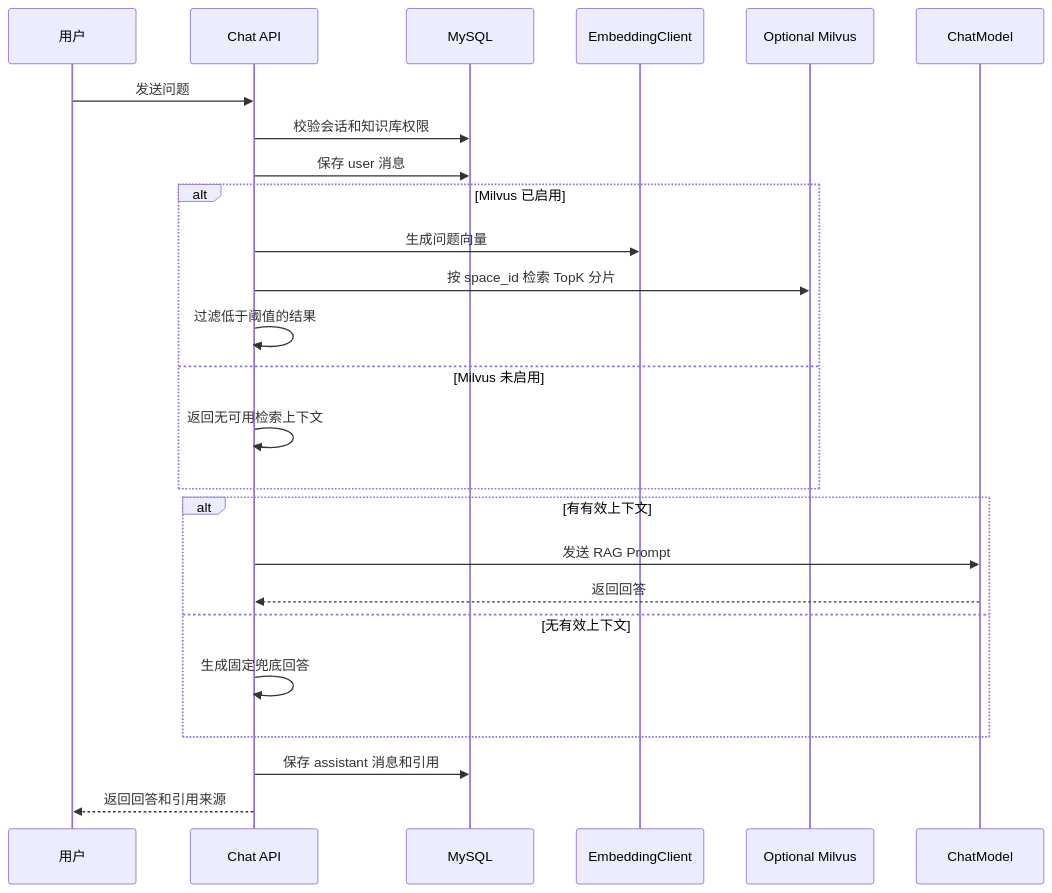
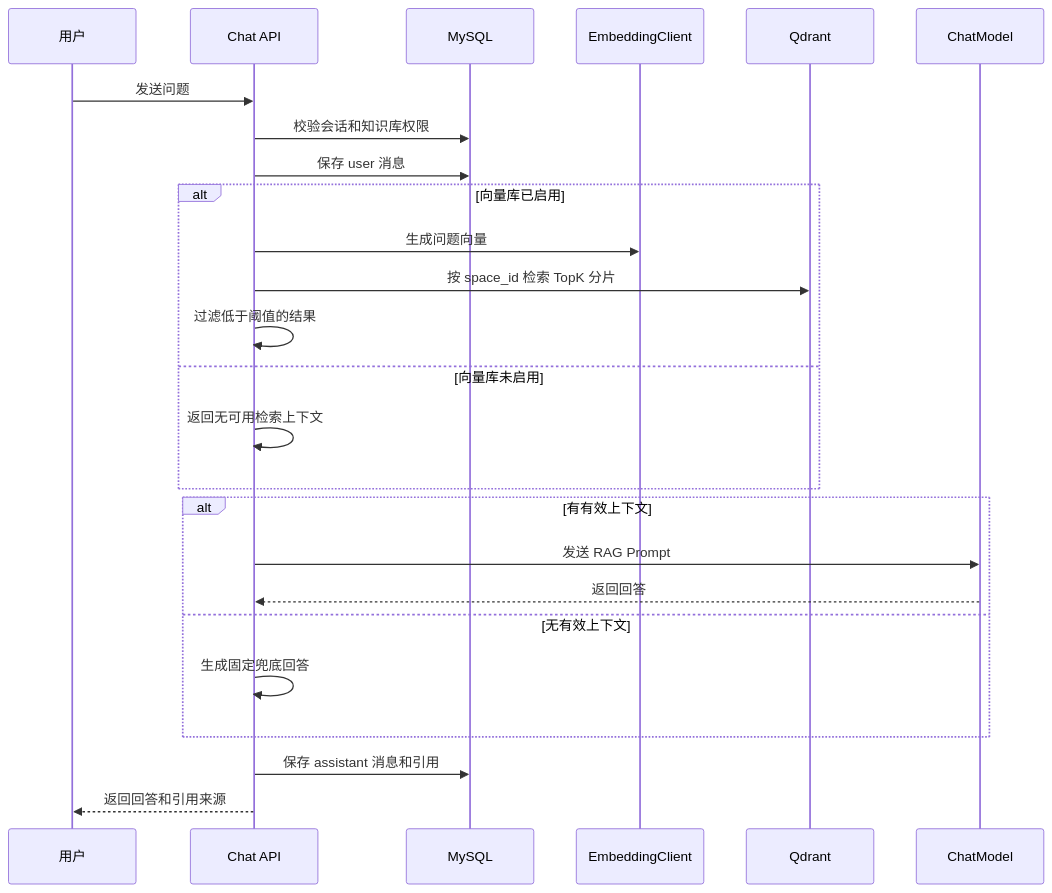
The third of 3 diagrams in docs/AI知识库平台系统设计.md (Mark001008/knowledge-base), drawn with Mermaid before and after one commit. The commit also changed other lines of this file and 9 other files, not shown here.

````diff
--- a/docs/AI知识库平台系统设计.md
+++ b/docs/AI知识库平台系统设计.md
@@ -384,28 +384,28 @@
 ```mermaid
 sequenceDiagram
     participant U as 用户
     participant API as Chat API
     participant DB as MySQL
     participant E as EmbeddingClient
-    participant V as Optional Milvus
+    participant V as Qdrant
     participant L as ChatModel
 
     U->>API: 发送问题
     API->>DB: 校验会话和知识库权限
     API->>DB: 保存 user 消息
-    alt Milvus 已启用
+    alt 向量库已启用
         API->>E: 生成问题向量
         API->>V: 按 space_id 检索 TopK 分片
         API->>API: 过滤低于阈值的结果
-    else Milvus 未启用
+    else 向量库未启用
         API->>API: 返回无可用检索上下文
     end
     alt 有有效上下文
         API->>L: 发送 RAG Prompt
         L-->>API: 返回回答
     else 无有效上下文
         API->>API: 生成固定兜底回答
     end
     API->>DB: 保存 assistant 消息和引用
     API-->>U: 返回回答和引用来源
 ```
````
